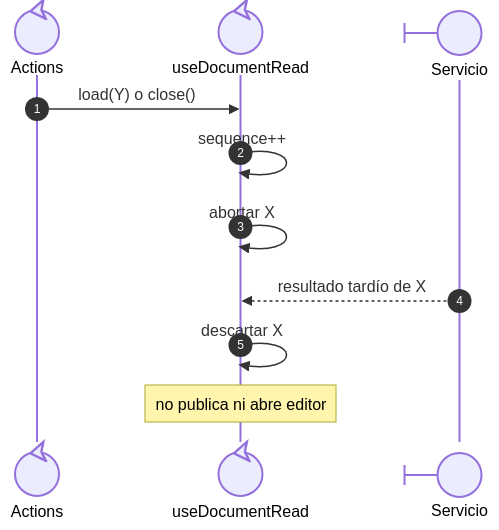
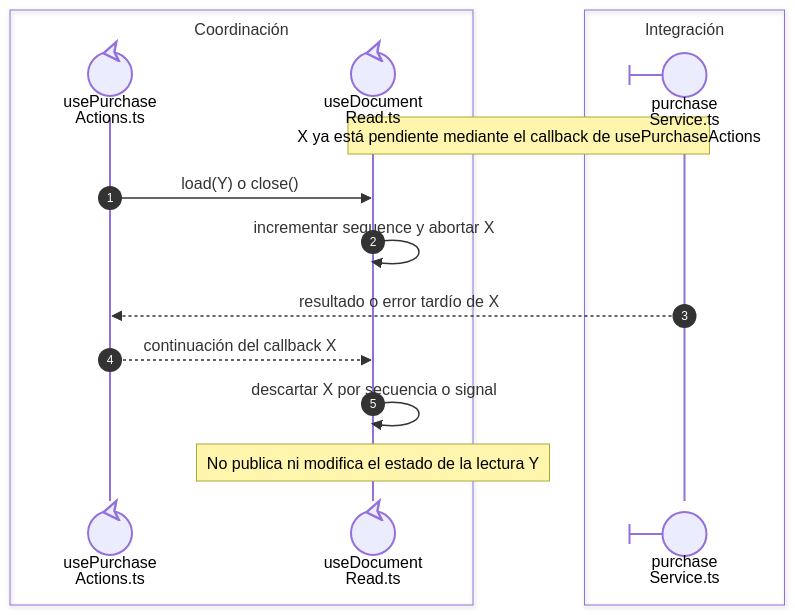
The second of 2 diagrams in front/docs/architecture/views/processes/02-shared-runtime/05-document-read.md (gpgsistemas01/nexus), drawn with Mermaid before and after one commit. The commit also changed other lines of this file and 46 other files, not shown here.

````diff
--- a/front/docs/architecture/views/processes/02-shared-runtime/05-document-read.md
+++ b/front/docs/architecture/views/processes/02-shared-runtime/05-document-read.md
@@ -39,13 +58,18 @@
 ```mermaid
 sequenceDiagram
     autonumber
-    participant Actions@{ "type": "control" } as Actions
-    participant Reader@{ "type": "control" } as useDocumentRead
-    participant Service@{ "type": "boundary" } as Servicio
+    box Coordinación
+    participant Actions@{ "type": "control" } as usePurchase<br/>Actions.ts
+    participant Reader@{ "type": "control" } as useDocument<br/>Read.ts
+    end
+    box Integración
+    participant Service@{ "type": "boundary" } as purchase<br/>Service.ts
+    end
+    Note over Reader,Service: X ya está pendiente mediante el callback de usePurchaseActions
     Actions->>Reader: load(Y) o close()
-    Reader->>Reader: sequence++
-    Reader->>Reader: abortar X
-    Service-->>Reader: resultado tardío de X
-    Reader->>Reader: descartar X
-    Note over Reader: no publica ni abre editor
+    Reader->>Reader: incrementar sequence y abortar X
+    Service-->>Actions: resultado o error tardío de X
+    Actions-->>Reader: continuación del callback X
+    Reader->>Reader: descartar X por secuencia o signal
+    Note over Reader: No publica ni modifica el estado de la lectura Y
 ```
````
